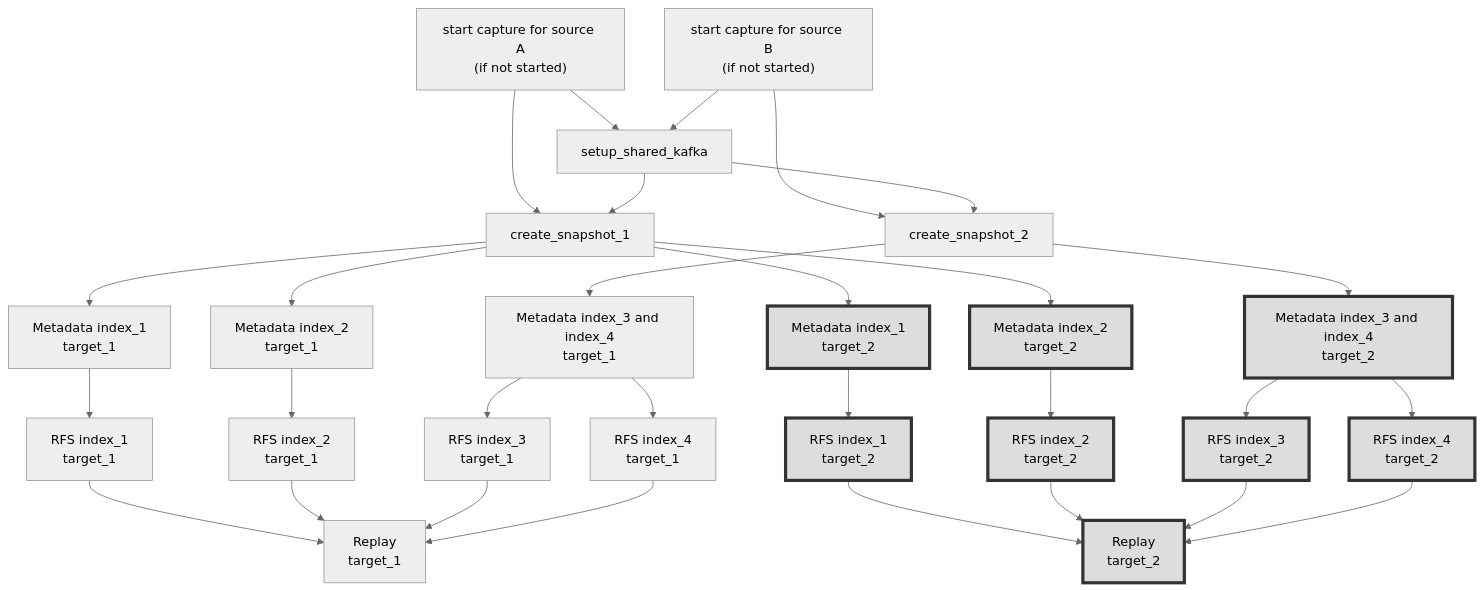
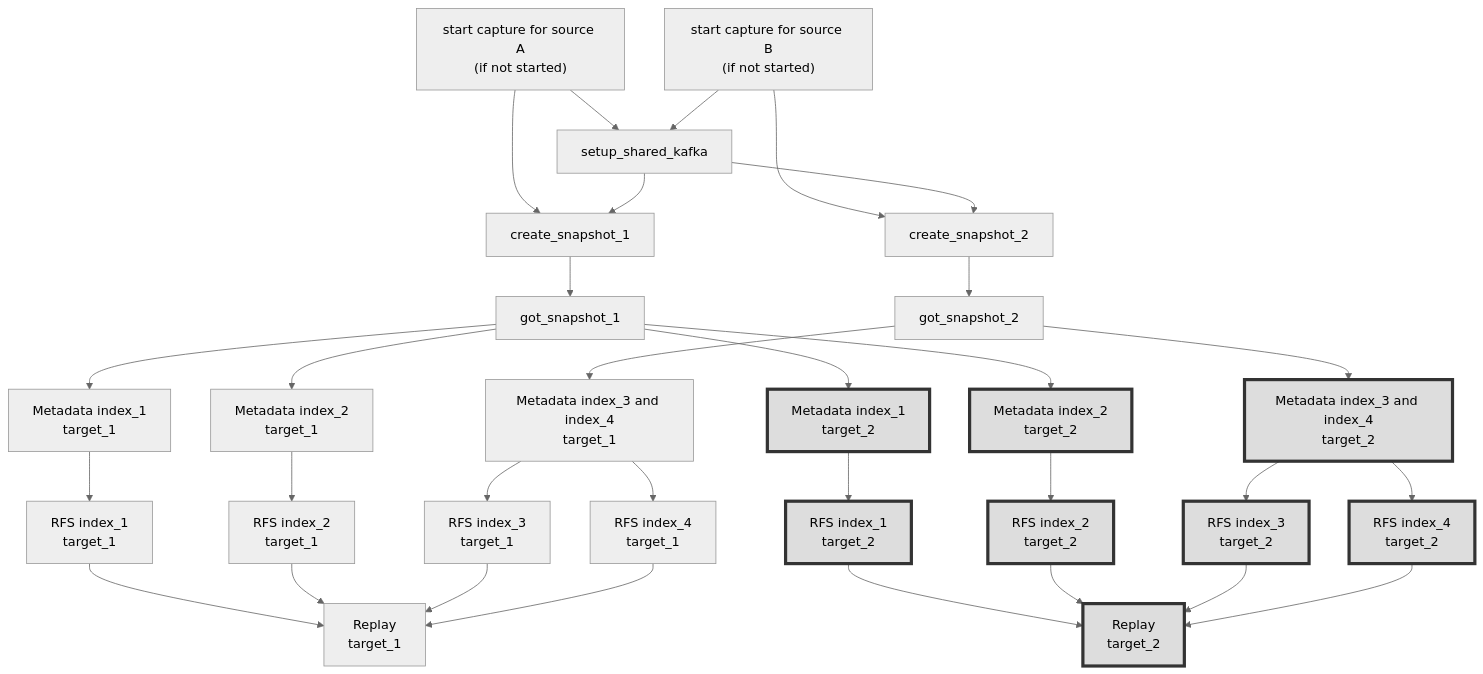
Before and after one commit to opensearch-project/opensearch-migrations: the fourth of 4 diagrams in TrafficCapture/dockerSolution/src/main/docker/migrationConsole/workflows/README.md, drawn with Mermaid (neutral theme). The commit also changed other lines of this file and 5 other files, not shown here.

Commit message:
Checkpoint commit - the fanIn.yaml template demonstrates how to run a pipeline of parallel tasks, then as soon as a target's work has been completed, run a final per-target stage. I'm using etcd to coordinate to know when a target is complete, so I've had to update the helm chart.

````diff
--- a/TrafficCapture/dockerSolution/src/main/docker/migrationConsole/workflows/README.md
+++ b/TrafficCapture/dockerSolution/src/main/docker/migrationConsole/workflows/README.md
@@ -80,51 +81,51 @@
 ```mermaid
 flowchart
     start_capture_1["start capture for source A\n(if not started)"] --> create_snapshot_1
-    start_capture_1 --> setup_shared_kafka --> create_snapshot_1
-    
-    create_snapshot_1 --> metadata_index1_t1[Metadata index_1\ntarget_1]
-    create_snapshot_1 --> metadata_index2_t1[Metadata index_2\ntarget_1]
+    start_capture_1 --> setup_shared_kafka --> create_snapshot_1 --> got_snapshot_1
+
+    got_snapshot_1 --> metadata_index1_t1[Metadata index_1\ntarget_1]
+    got_snapshot_1 --> metadata_index2_t1[Metadata index_2\ntarget_1]
     
     metadata_index1_t1 --> rfs_index1_t1[RFS index_1\ntarget_1]
     metadata_index2_t1 --> rfs_index2_t1[RFS index_2\ntarget_1]
-    
-    create_snapshot_2 --> metadata_index3_and_index4_t1[Metadata index_3 and index_4\ntarget_1]
+
+    got_snapshot_2 --> metadata_index3_and_index4_t1[Metadata index_3 and index_4\ntarget_1]
     
     metadata_index3_and_index4_t1 --> rfs_index3_t1[RFS index_3\ntarget_1]
     metadata_index3_and_index4_t1 --> rfs_index4_t1[RFS index_4\ntarget_1]
     
     rfs_index1_t1 --> replayer_target_t1[Replay\ntarget_1]
     rfs_index2_t1 --> replayer_target_t1
     rfs_index3_t1 --> replayer_target_t1
     rfs_index4_t1 --> replayer_target_t1
 
 
-    create_snapshot_1 --> metadata_index1_t2[Metadata index_1\ntarget_2]
-    create_snapshot_1 --> metadata_index2_t2[Metadata index_2\ntarget_2]
+    got_snapshot_1 --> metadata_index1_t2[Metadata index_1\ntarget_2]
+    got_snapshot_1 --> metadata_index2_t2[Metadata index_2\ntarget_2]
 
     metadata_index1_t2 --> rfs_index1_t2[RFS index_1\ntarget_2]
     metadata_index2_t2 --> rfs_index2_t2[RFS index_2\ntarget_2]
 
     start_capture_2["start capture for source B\n(if not started)"] --> create_snapshot_2
-    start_capture_2 --> setup_shared_kafka --> create_snapshot_2
-    
-    create_snapshot_2 --> metadata_index3_and_index4_t2[Metadata index_3 and index_4\ntarget_2]
+    start_capture_2 --> setup_shared_kafka --> create_snapshot_2 --> got_snapshot_2
+
+    got_snapshot_2 --> metadata_index3_and_index4_t2[Metadata index_3 and index_4\ntarget_2]
     metadata_index3_and_index4_t2 --> rfs_index3_t2[RFS index_3\ntarget_2]
     metadata_index3_and_index4_t2 --> rfs_index4_t2[RFS index_4\ntarget_2]
 
     rfs_index1_t2 --> replayer_target_t2[Replay\ntarget_2]
     rfs_index2_t2 --> replayer_target_t2
     rfs_index3_t2 --> replayer_target_t2
     rfs_index4_t2 --> replayer_target_t2
 
     style metadata_index1_t2 fill:#ddd,stroke:#333,stroke-width:4px
     style metadata_index2_t2 fill:#ddd,stroke:#333,stroke-width:4px
     style metadata_index3_and_index4_t2 fill:#ddd,stroke:#333,stroke-width:4px
 
     style rfs_index1_t2 fill:#ddd,stroke:#333,stroke-width:4px
     style rfs_index2_t2 fill:#ddd,stroke:#333,stroke-width:4px
     style rfs_index3_t2 fill:#ddd,stroke:#333,stroke-width:4px
     style rfs_index4_t2 fill:#ddd,stroke:#333,stroke-width:4px
 
     style replayer_target_t2 fill:#ddd,stroke:#333,stroke-width:4px
 ```
````
